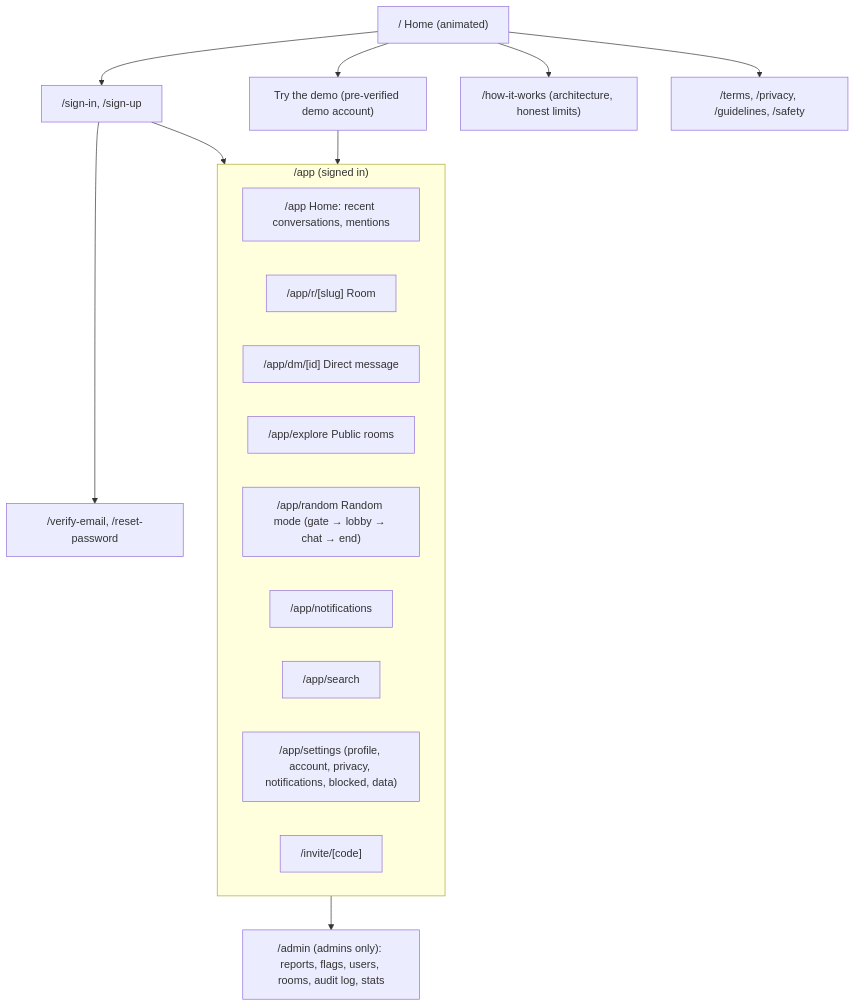
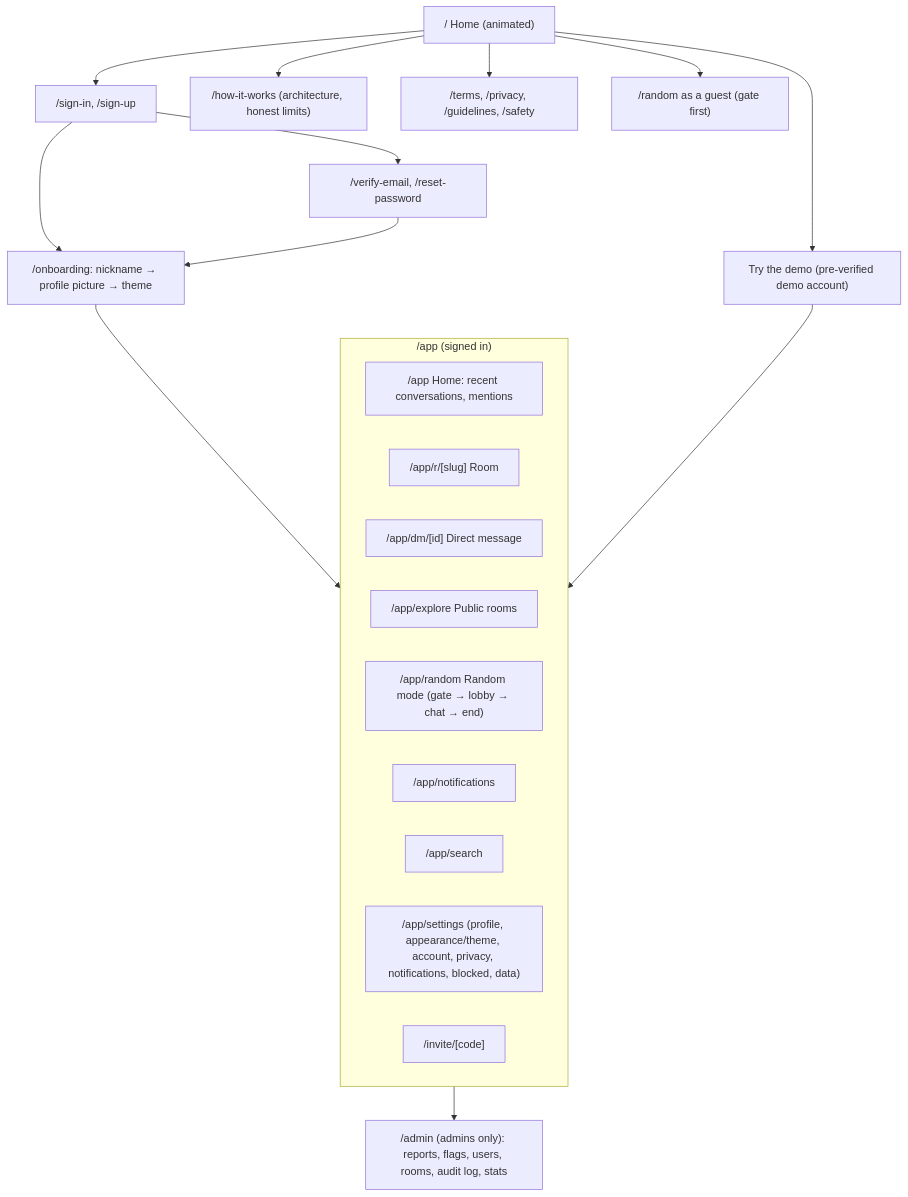
Before and after one commit to jawadm3/SocketSpace: the first of 2 diagrams in docs/design/product.md, drawn with Mermaid. The commit also changed other lines of this file and 15 other files, not shown here.

````diff
--- a/docs/design/product.md
+++ b/docs/design/product.md
@@ -17,22 +17,25 @@
 ```mermaid
 flowchart TD
   HOME["/ Home (animated)"] --> SIGNIN["/sign-in, /sign-up"]
   HOME --> DEMO["Try the demo (pre-verified demo account)"]
   HOME --> HOW["/how-it-works (architecture, honest limits)"]
   HOME --> LEGAL["/terms, /privacy, /guidelines, /safety"]
   SIGNIN --> VERIFY["/verify-email, /reset-password"]
-  SIGNIN --> APP
+  SIGNIN --> ONBOARD["/onboarding: nickname → profile picture → theme"]
+  VERIFY --> ONBOARD
+  ONBOARD --> APP
   DEMO --> APP
+  HOME --> RANDOMG["/random as a guest (gate first)"]
   subgraph APP["/app (signed in)"]
     INBOX["/app Home: recent conversations, mentions"]
     ROOM["/app/r/[slug] Room"]
     DM["/app/dm/[id] Direct message"]
     EXPLORE["/app/explore Public rooms"]
     RANDOM["/app/random Random mode (gate → lobby → chat → end)"]
     NOTIF["/app/notifications"]
     SEARCH["/app/search"]
-    SETTINGS["/app/settings (profile, account, privacy, notifications, blocked, data)"]
+    SETTINGS["/app/settings (profile, appearance/theme, account, privacy, notifications, blocked, data)"]
     INVITE["/invite/[code]"]
   end
   APP --> ADMIN["/admin (admins only): reports, flags, users, rooms, audit log, stats"]
 ```
````
